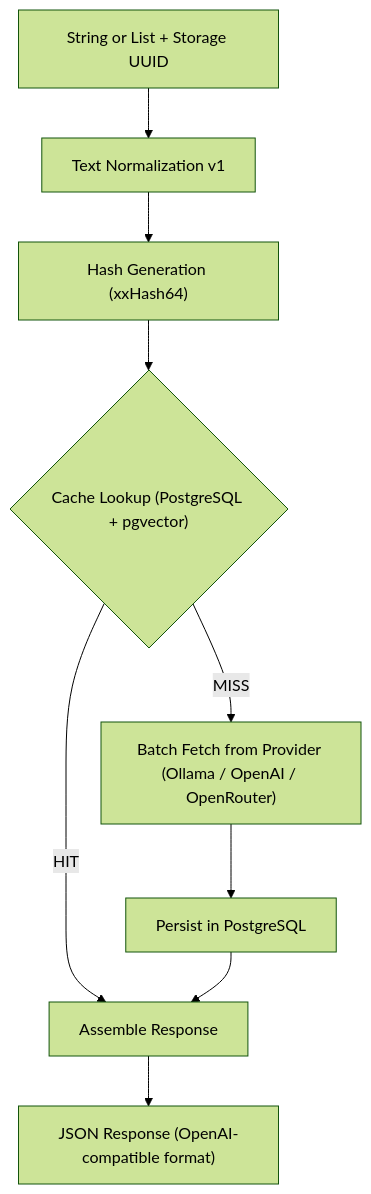
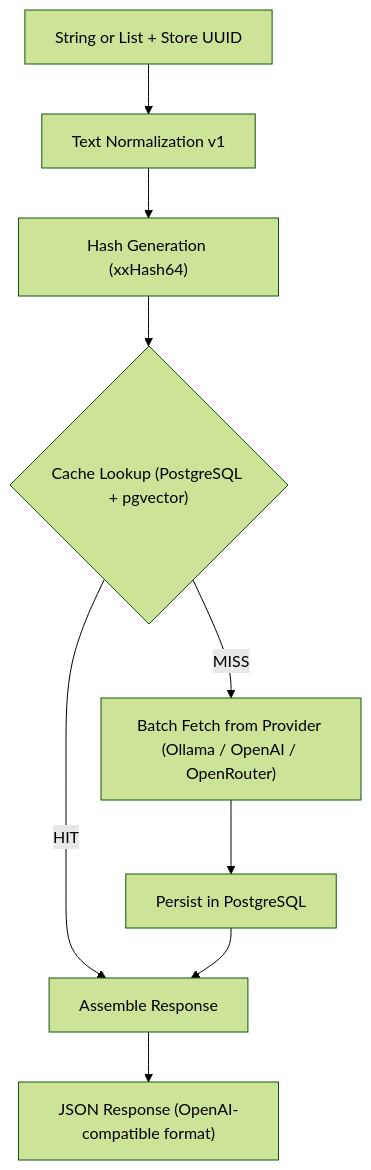
The diagram in docs/lareferencia-embedding-service-architecture.md (LA-Referencia-IOI/lareferencia-embedding-service), drawn with Mermaid (forest theme) before and after one commit. The commit also changed other lines of this file and 28 other files, not shown here.

````diff
--- a/docs/lareferencia-embedding-service-architecture.md
+++ b/docs/lareferencia-embedding-service-architecture.md
@@ -35,13 +35,13 @@
 ```mermaid
 flowchart TD
-    A["String or List + Storage UUID"] --> B[Text Normalization v1]
+    A["String or List + Store UUID"] --> B[Text Normalization v1]
     B --> C["Hash Generation (xxHash64)"]
     C --> D{"Cache Lookup (PostgreSQL + pgvector)"}
 
     D -->|HIT| E[Assemble Response]
     D -->|MISS| F["Batch Fetch from Provider (Ollama / OpenAI / OpenRouter)"]
 
     F --> G["Persist in PostgreSQL"]
     G --> E
     E --> H["JSON Response (OpenAI-compatible format)"]
 ```
````
